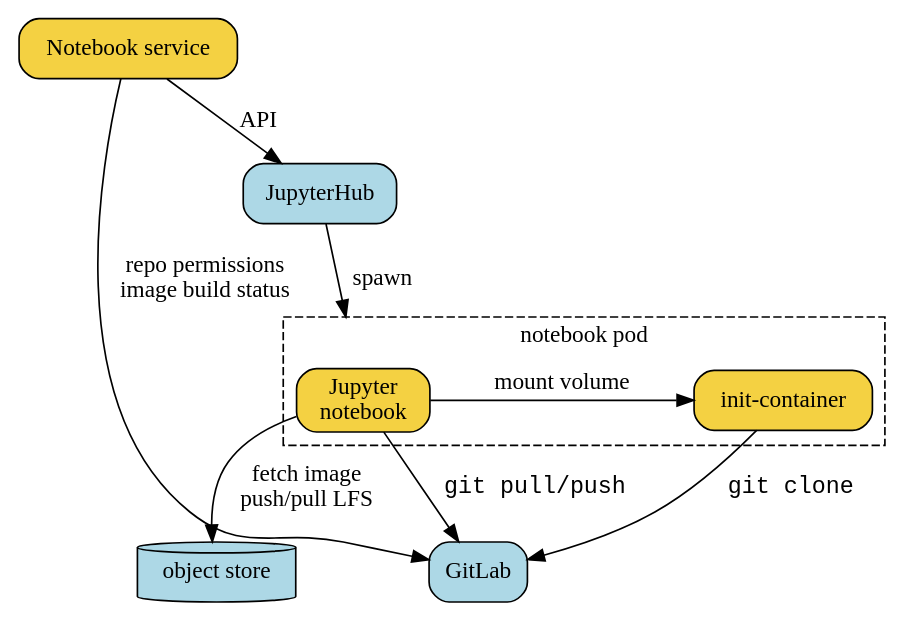
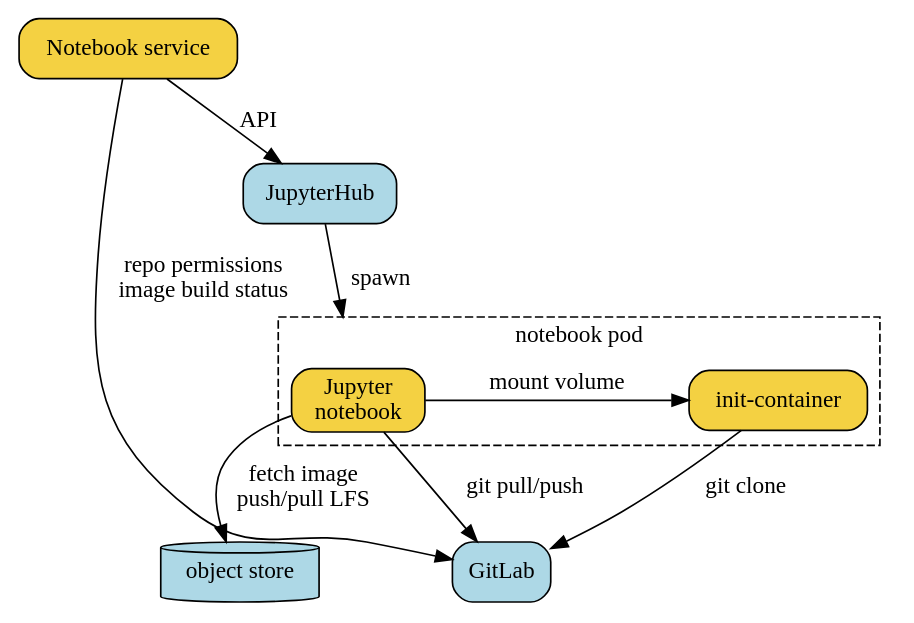
One commit to SwissDataScienceCenter/renku changed the diagram in docs/_static/graphviz/notebook_service_architecture.dot. Above: the diagram before and after it, drawn with Graphviz. The commit also changed 2 other files, not shown here.

Commit message:
docs: remove courier font

```diff
--- a/docs/_static/graphviz/notebook_service_architecture.dot
+++ b/docs/_static/graphviz/notebook_service_architecture.dot
@@ -1,33 +1,33 @@
 strict digraph architecture {
   compound=true;
   newrank=true;
 
   graph [fontname="Raleway", nodesep="0.8"];
   node [shape="rect", style="filled,rounded", fontname="Raleway"];
   edge [fontname="Raleway"]
 
   GitLab [fillcolor="lightblue"]
   storage [fillcolor="lightblue", label="object store", shape="cylinder"]
 
   JupyterHub [fillcolor="lightblue"]
   "notebook-service" [fillcolor="#f4d142" label="Notebook service"]
   notebook [label="Jupyter\nnotebook", shape="rect", fillcolor="#f4d142"]
   "init-container" [shape="rect", fillcolor="#f4d142"]
 
   "notebook-service" -> JupyterHub [label=" API"]
 
   subgraph cluster_notebook {
       label="notebook pod"
       style="dashed";
       "init-container"
       notebook
       notebook -> "init-container" [label=" mount volume"]
       {rank=same; "init-container", notebook}
   }
 
   "notebook-service" -> GitLab [label=" repo permissions\n image build status"]
   JupyterHub -> notebook [label=" spawn", lhead=cluster_notebook]
-  "notebook" -> GitLab [label=" git pull/push" fontname="courier"]
-  "init-container" -> "GitLab" [label=" git clone" fontname="courier"]
+  "notebook" -> GitLab [label=" git pull/push"]
+  "init-container" -> "GitLab" [label=" git clone"]
   notebook -> storage [label=" fetch image\n push/pull LFS"]
 }
```
